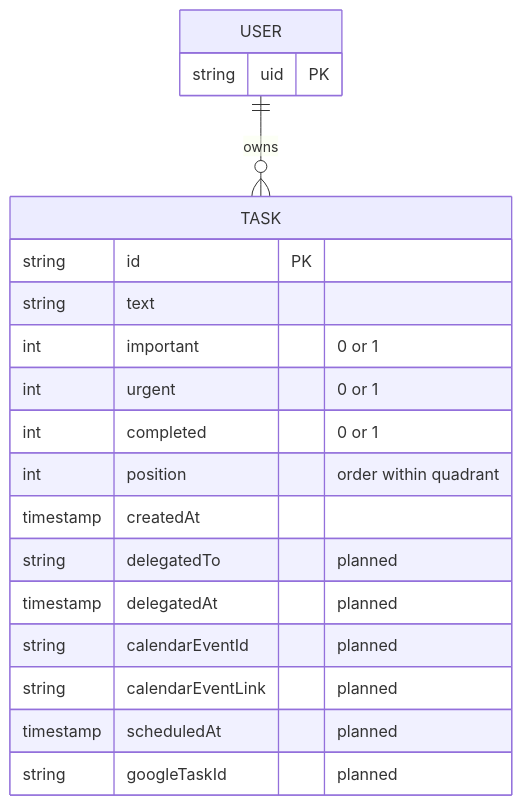
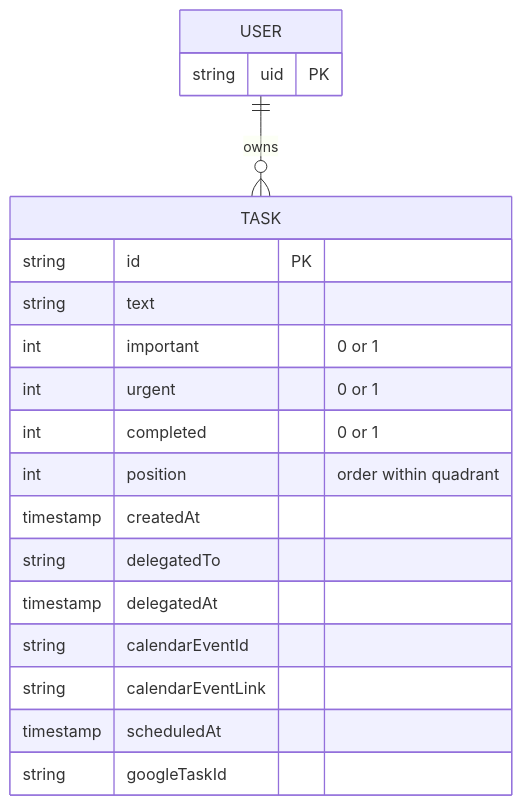
Before and after one commit to thakurnaval/tackl: the seventh of 7 diagrams in docs/ARCHITECTURE.md, drawn with Mermaid. The commit also changed other lines of this file and 10 other files, not shown here.

First line of the commit message:
Add Google integrations: Delegate (mailto), Schedule (Calendar), Backup (Google Tasks)

````diff
--- a/docs/ARCHITECTURE.md
+++ b/docs/ARCHITECTURE.md
@@ -177,22 +177,22 @@
 ```mermaid
 erDiagram
     USER ||--o{ TASK : owns
     USER {
         string uid PK
     }
     TASK {
         string id PK
         string text
         int important "0 or 1"
         int urgent "0 or 1"
         int completed "0 or 1"
         int position "order within quadrant"
         timestamp createdAt
-        string delegatedTo "planned"
-        timestamp delegatedAt "planned"
-        string calendarEventId "planned"
-        string calendarEventLink "planned"
-        timestamp scheduledAt "planned"
-        string googleTaskId "planned"
+        string delegatedTo
+        timestamp delegatedAt
+        string calendarEventId
+        string calendarEventLink
+        timestamp scheduledAt
+        string googleTaskId
     }
 ```
````
